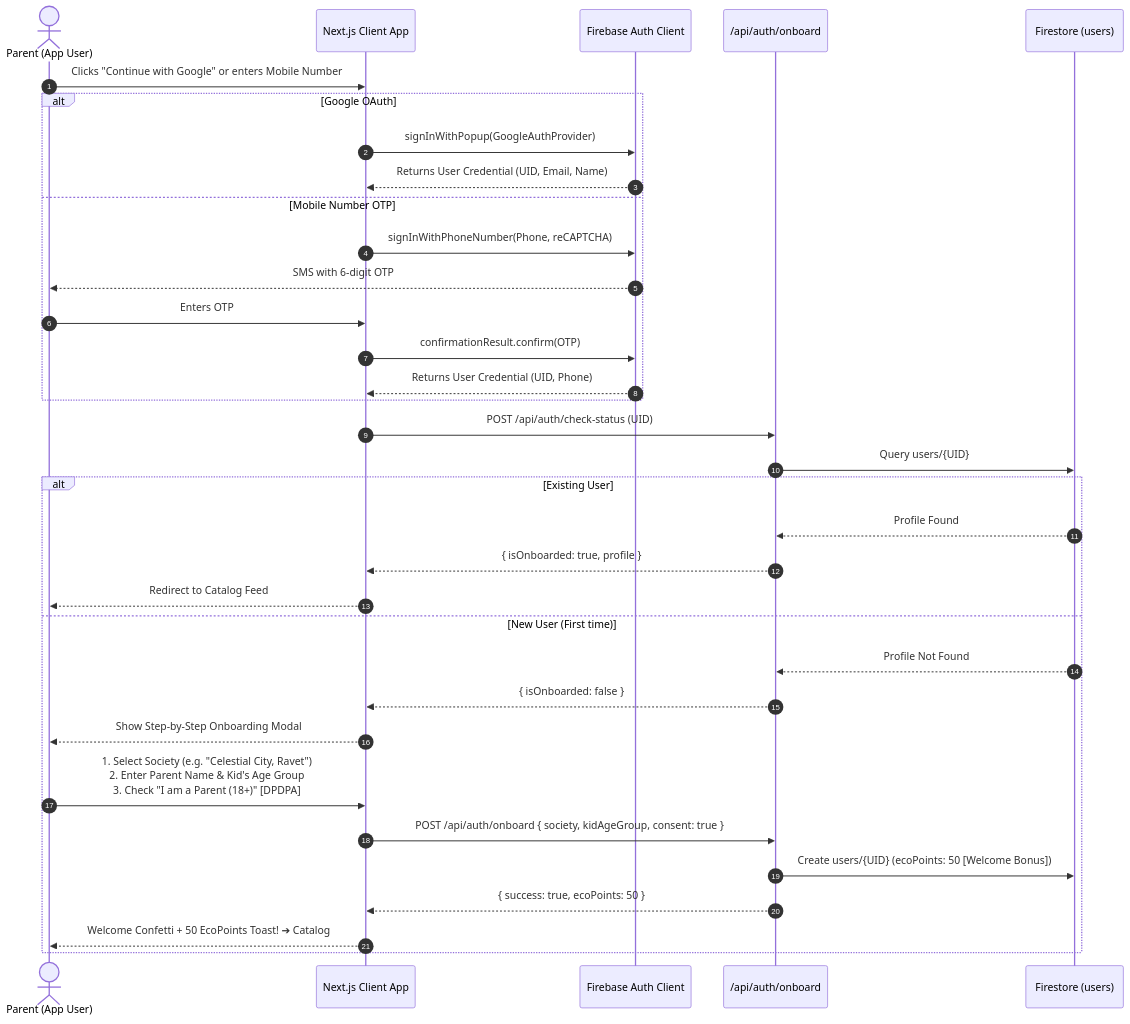
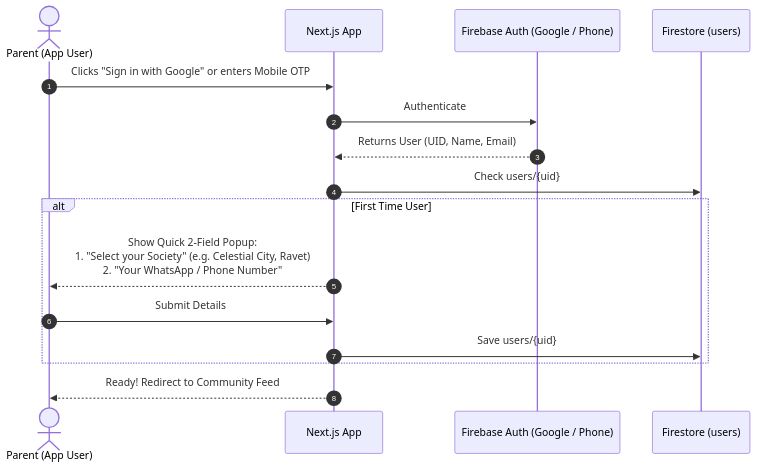
Before and after one commit to mayurnemade7/Toy_PromoteAndExhange: the second of 2 diagrams in docs/architecture/user_and_admin_onboarding_journey_design.md, drawn with Mermaid. The commit also changed other lines of this file, not shown here.

Commit message:
docs: Streamline user and admin onboarding to lean OLX-style P2P direct handover model

````diff
--- a/docs/architecture/user_and_admin_onboarding_journey_design.md
+++ b/docs/architecture/user_and_admin_onboarding_journey_design.md
@@ -101,40 +51,21 @@
 ```mermaid
 sequenceDiagram
     autonumber
     actor Parent as Parent (App User)
-    participant UI as Next.js Client App
-    participant Auth as Firebase Auth Client
-    participant API as /api/auth/onboard
+    participant App as Next.js App
+    participant Auth as Firebase Auth (Google / Phone)
     participant DB as Firestore (users)
 
-    Parent->>UI: Clicks "Continue with Google" or enters Mobile Number
-    alt Google OAuth
-        UI->>Auth: signInWithPopup(GoogleAuthProvider)
-        Auth-->>UI: Returns User Credential (UID, Email, Name)
-    else Mobile Number OTP
-        UI->>Auth: signInWithPhoneNumber(Phone, reCAPTCHA)
-        Auth-->>Parent: SMS with 6-digit OTP
-        Parent->>UI: Enters OTP
-        UI->>Auth: confirmationResult.confirm(OTP)
-        Auth-->>UI: Returns User Credential (UID, Phone)
+    Parent->>App: Clicks "Sign in with Google" or enters Mobile OTP
+    App->>Auth: Authenticate
+    Auth-->>App: Returns User (UID, Name, Email)
+
+    App->>DB: Check users/{uid}
+    alt First Time User
+        App-->>Parent: Show Quick 2-Field Popup:<br/>1. "Select your Society" (e.g. Celestial City, Ravet)<br/>2. "Your WhatsApp / Phone Number"
+        Parent->>App: Submit Details
+        App->>DB: Save users/{uid}
     end
 
-    UI->>API: POST /api/auth/check-status (UID)
-    API->>DB: Query users/{UID}
-    
-    alt Existing User
-        DB-->>API: Profile Found
-        API-->>UI: { isOnboarded: true, profile }
-        UI-->>Parent: Redirect to Catalog Feed
-    else New User (First time)
-        DB-->>API: Profile Not Found
-        API-->>UI: { isOnboarded: false }
-        UI-->>Parent: Show Step-by-Step Onboarding Modal
-        
-        Parent->>UI: 1. Select Society (e.g. "Celestial City, Ravet")<br/>2. Enter Parent Name & Kid's Age Group<br/>3. Check "I am a Parent (18+)" [DPDPA]
-        UI->>API: POST /api/auth/onboard { society, kidAgeGroup, consent: true }
-        API->>DB: Create users/{UID} (ecoPoints: 50 [Welcome Bonus])
-        API-->>UI: { success: true, ecoPoints: 50 }
-        UI-->>Parent: Welcome Confetti + 50 EcoPoints Toast! ➔ Catalog
-    end
+    App-->>Parent: Ready! Redirect to Community Feed
 ```
````
